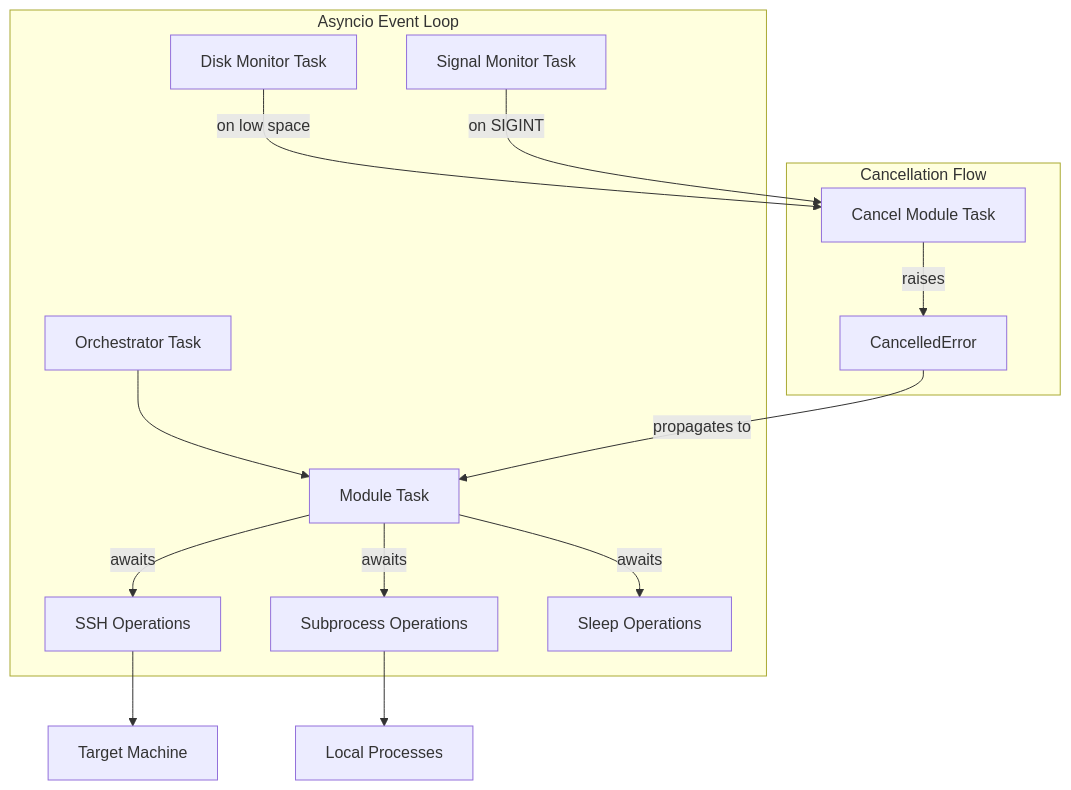
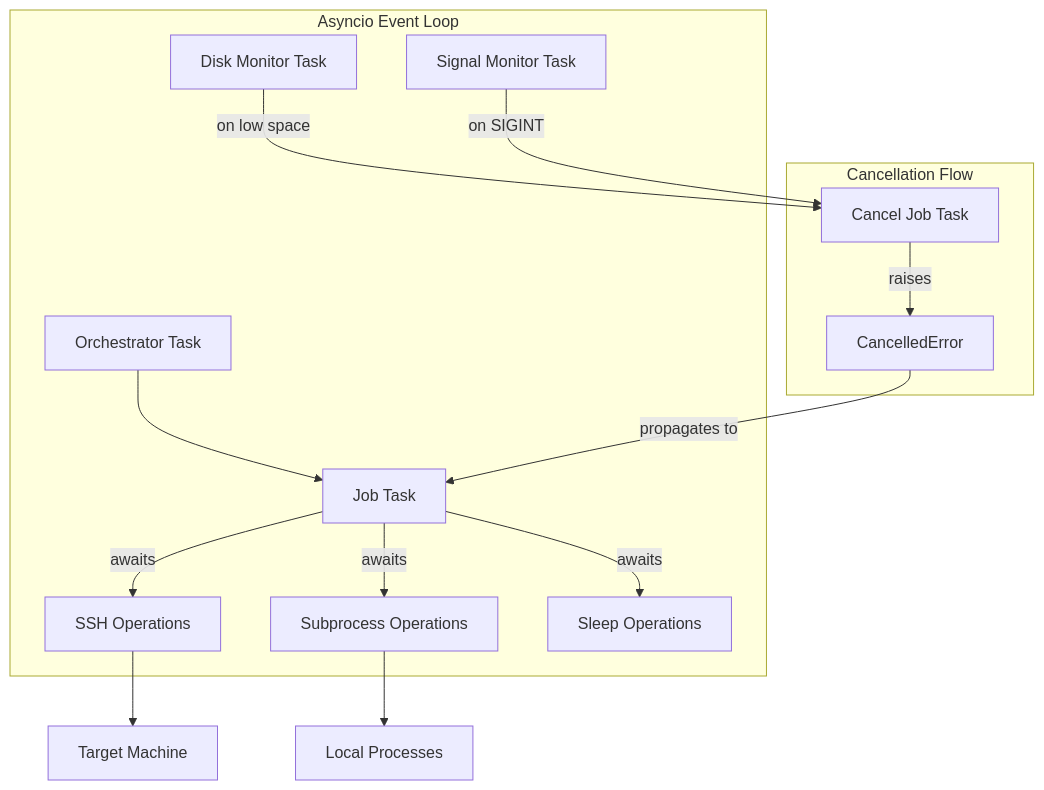
Before and after one commit to flaksit/pc-switcher: the first of 8 diagrams in docs/adr/considerations/async-vs-sync-concurrency-analysis.md, drawn with Mermaid. The commit also changed other lines of this file and 39 other files, not shown here.

Commit message:
rename Module to Job

````diff
--- a/docs/adr/considerations/async-vs-sync-concurrency-analysis.md
+++ b/docs/adr/considerations/async-vs-sync-concurrency-analysis.md
@@ -318,22 +318,22 @@
 ```mermaid
 graph TB
     subgraph EventLoop["Asyncio Event Loop"]
-        O[Orchestrator Task] --> MT[Module Task]
+        O[Orchestrator Task] --> MT[Job Task]
         MT --> |"awaits"| SSH[SSH Operations]
         MT --> |"awaits"| SP[Subprocess Operations]
         MT --> |"awaits"| SL[Sleep Operations]
 
         DM[Disk Monitor Task]
         SM[Signal Monitor Task]
     end
 
     subgraph Cancellation["Cancellation Flow"]
-        DM --> |"on low space"| Cancel[Cancel Module Task]
+        DM --> |"on low space"| Cancel[Cancel Job Task]
         SM --> |"on SIGINT"| Cancel
         Cancel --> |"raises"| CE[CancelledError]
         CE --> |"propagates to"| MT
     end
 
     SSH --> Target[Target Machine]
     SP --> LocalProc[Local Processes]
 ```
````
